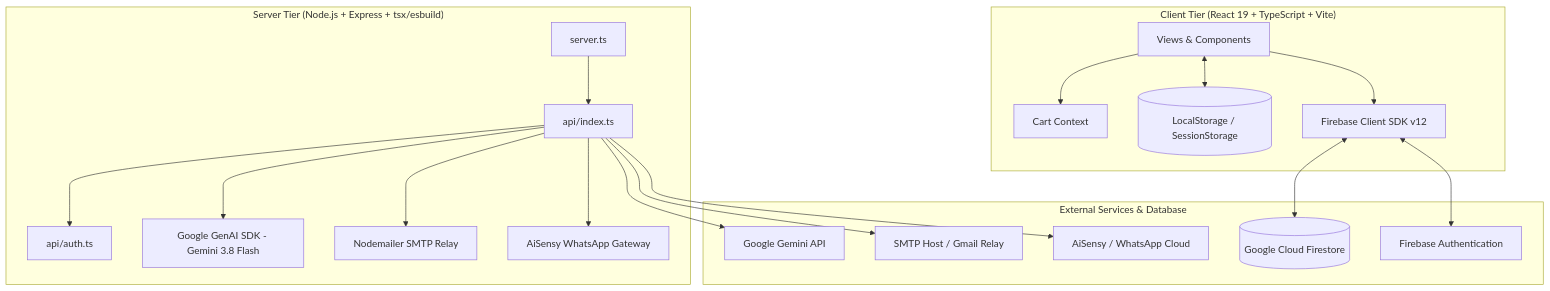
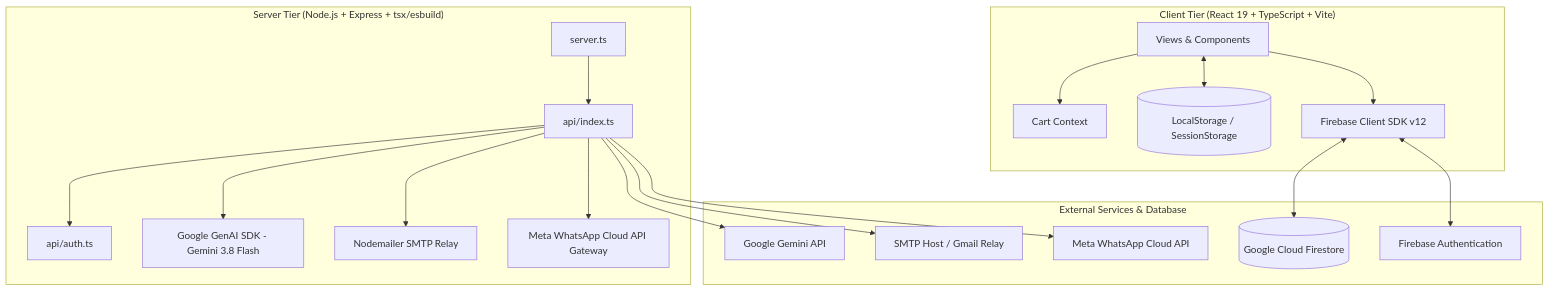
Before and after one commit to MAXSTEEL003/tejascanvassingone: the diagram in TEJAS_APP_AUDIT.md, drawn with Mermaid. The commit also changed other lines of this file and 6 other files, not shown here.

Commit message:
feat: replace AiSensy with Meta WhatsApp Cloud API and add filtered PDF print modal for Pending Loadings & PO Ledger

````diff
--- a/TEJAS_APP_AUDIT.md
+++ b/TEJAS_APP_AUDIT.md
@@ -35,40 +35,40 @@
 ```mermaid
 flowchart TD
     subgraph Client["Client Tier (React 19 + TypeScript + Vite)"]
         UI[Views & Components]
         Cart[Cart Context]
         LocalStore[(LocalStorage / SessionStorage)]
         FBClient[Firebase Client SDK v12]
         UI --> Cart
         UI <--> LocalStore
         UI --> FBClient
     end
 
     subgraph Backend["Server Tier (Node.js + Express + tsx/esbuild)"]
         Server[server.ts]
         APIRouter[api/index.ts]
         AuthRouter[api/auth.ts]
         GenAI[Google GenAI SDK - Gemini 3.8 Flash]
         Mailer[Nodemailer SMTP Relay]
-        AiSensy[AiSensy WhatsApp Gateway]
+        MetaWA[Meta WhatsApp Cloud API Gateway]
         Server --> APIRouter
         APIRouter --> AuthRouter
         APIRouter --> GenAI
         APIRouter --> Mailer
-        APIRouter --> AiSensy
+        APIRouter --> MetaWA
     end
 
     subgraph Cloud["External Services & Database"]
         Firestore[(Google Cloud Firestore)]
         FBAuth[Firebase Authentication]
         GeminiAPI[Google Gemini API]
         SMTPRelay[SMTP Host / Gmail Relay]
-        WhatsAppAPI[AiSensy / WhatsApp Cloud]
+        WhatsAppAPI[Meta WhatsApp Cloud API]
     end
 
     FBClient <--> Firestore
     FBClient <--> FBAuth
     APIRouter --> GeminiAPI
     APIRouter --> SMTPRelay
     APIRouter --> WhatsAppAPI
 ```
````
